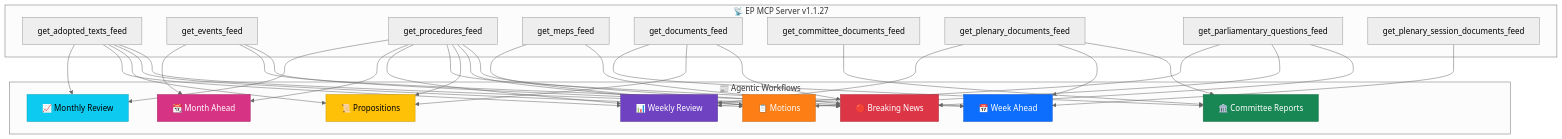
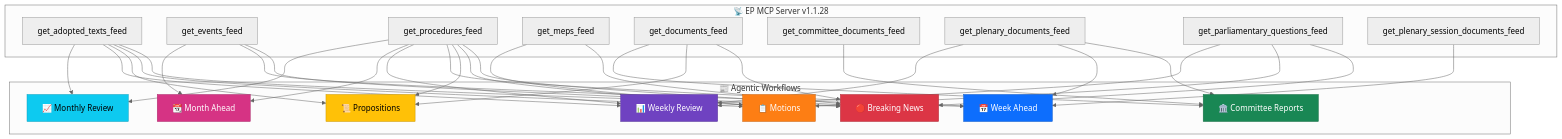
The fifth of 7 diagrams in analysis/README.md (Hack23/euparliamentmonitor), drawn with Mermaid (neutral theme) before and after one commit. The commit also changed other lines of this file and 27 other files, not shown here.

First line of the commit message:
chore: bump european-parliament-mcp-server 1.1.27 → 1.1.28 in all config, workflows, and docs

````diff
--- a/analysis/README.md
+++ b/analysis/README.md
@@ -497,44 +497,44 @@
 ```mermaid
 flowchart TD
-    subgraph "📡 EP MCP Server v1.1.27"
+    subgraph "📡 EP MCP Server v1.1.28"
         F1["get_adopted_texts_feed"]
         F2["get_events_feed"]
         F3["get_procedures_feed"]
         F4["get_meps_feed"]
         F5["get_documents_feed"]
         F6["get_committee_documents_feed"]
         F7["get_plenary_documents_feed"]
         F8["get_parliamentary_questions_feed"]
         F9["get_plenary_session_documents_feed"]
     end
 
     subgraph "📰 Agentic Workflows"
         W1["🔴 Breaking News"]
         W2["📋 Motions"]
         W3["📜 Propositions"]
         W4["🏛️ Committee Reports"]
         W5["📅 Week Ahead"]
         W6["📊 Weekly Review"]
         W7["📆 Month Ahead"]
         W8["📈 Monthly Review"]
     end
 
     F1 --> W1 & W2 & W3 & W6 & W8
     F2 --> W1 & W5 & W7
     F3 --> W1 & W2 & W3 & W5 & W6 & W7 & W8
     F4 --> W1 & W2
     F5 --> W1 & W3 & W4
     F6 --> W4
     F7 --> W4 & W5 & W6
     F8 --> W1 & W2 & W6
     F9 --> W5
 
     style W1 fill:#dc3545,stroke:#b02a37,color:#fff
     style W2 fill:#fd7e14,stroke:#ca6510,color:#fff
     style W3 fill:#ffc107,stroke:#cc9a06,color:#000
     style W4 fill:#198754,stroke:#146c43,color:#fff
     style W5 fill:#0d6efd,stroke:#0a58ca,color:#fff
     style W6 fill:#6f42c1,stroke:#59359a,color:#fff
     style W7 fill:#d63384,stroke:#ab296a,color:#fff
     style W8 fill:#0dcaf0,stroke:#0aa2c0,color:#000
 ```
````
